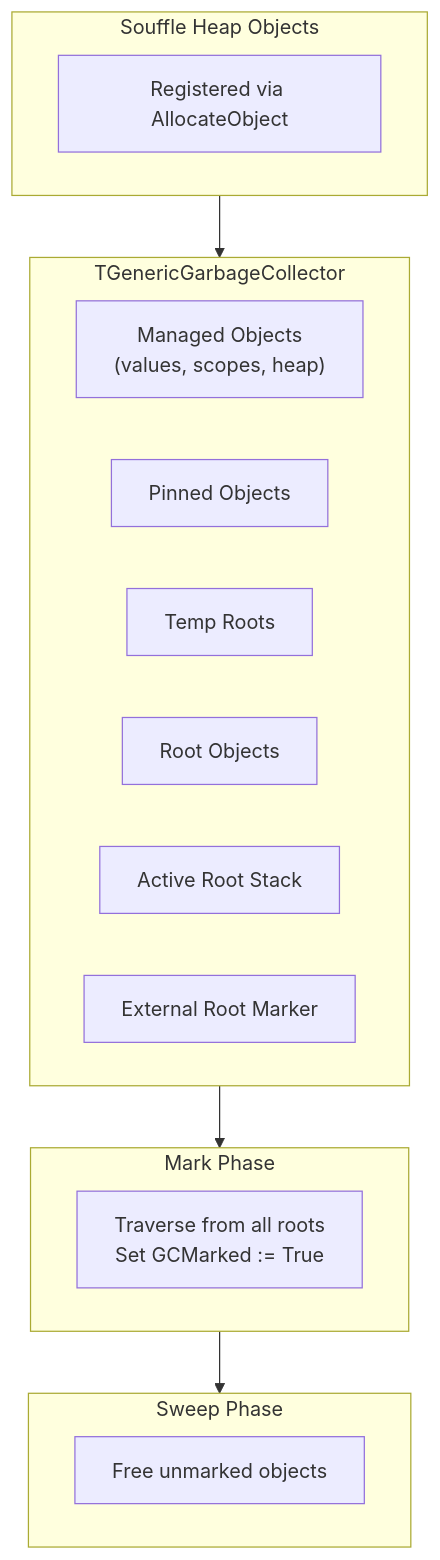
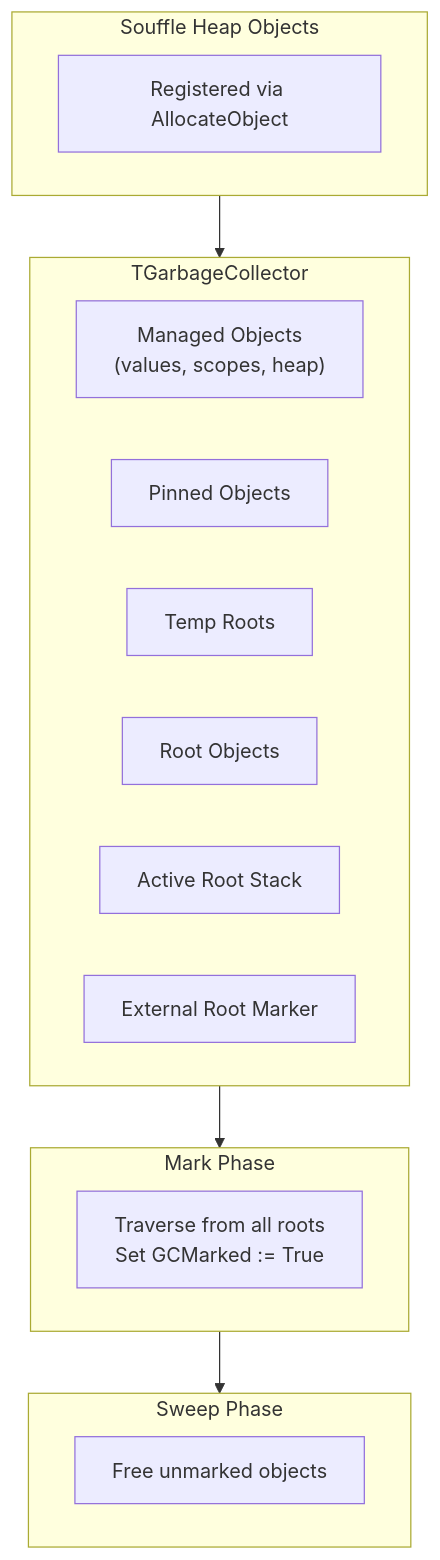
Before and after one commit to frostney/GocciaScript: the fifth of 5 diagrams in docs/architecture.md, drawn with Mermaid. The commit also changed other lines of this file and 47 other files, not shown here.

Commit message:
Rename TGenericGarbageCollector to TGarbageCollector

````diff
--- a/docs/architecture.md
+++ b/docs/architecture.md
@@ -363,22 +363,22 @@
 ```mermaid
 flowchart TD
-    subgraph GC["TGenericGarbageCollector"]
+    subgraph GC["TGarbageCollector"]
         ManagedObjects["Managed Objects\n(values, scopes, heap)"]
         PinnedObjects["Pinned Objects"]
         TempRoots["Temp Roots"]
         RootObjects["Root Objects"]
         ActiveRootStack["Active Root Stack"]
         ExternalMarker["External Root Marker"]
     end
     subgraph SouffleObjects["Souffle Heap Objects"]
         AllocateObject["Registered via AllocateObject"]
     end
     subgraph Mark["Mark Phase"]
         Traverse["Traverse from all roots\nSet GCMarked := True"]
     end
     subgraph Sweep["Sweep Phase"]
         Free["Free unmarked objects"]
     end
     GC --> Mark --> Sweep
     SouffleObjects --> GC
 ```
````
